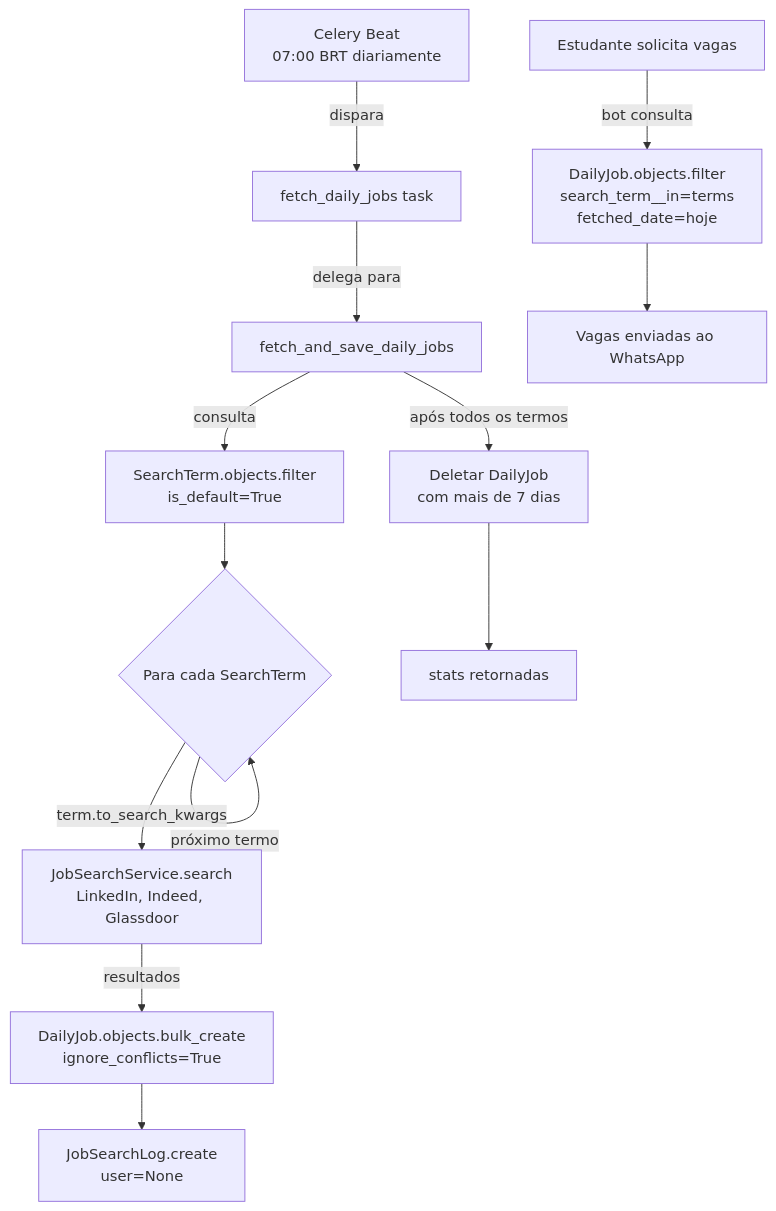
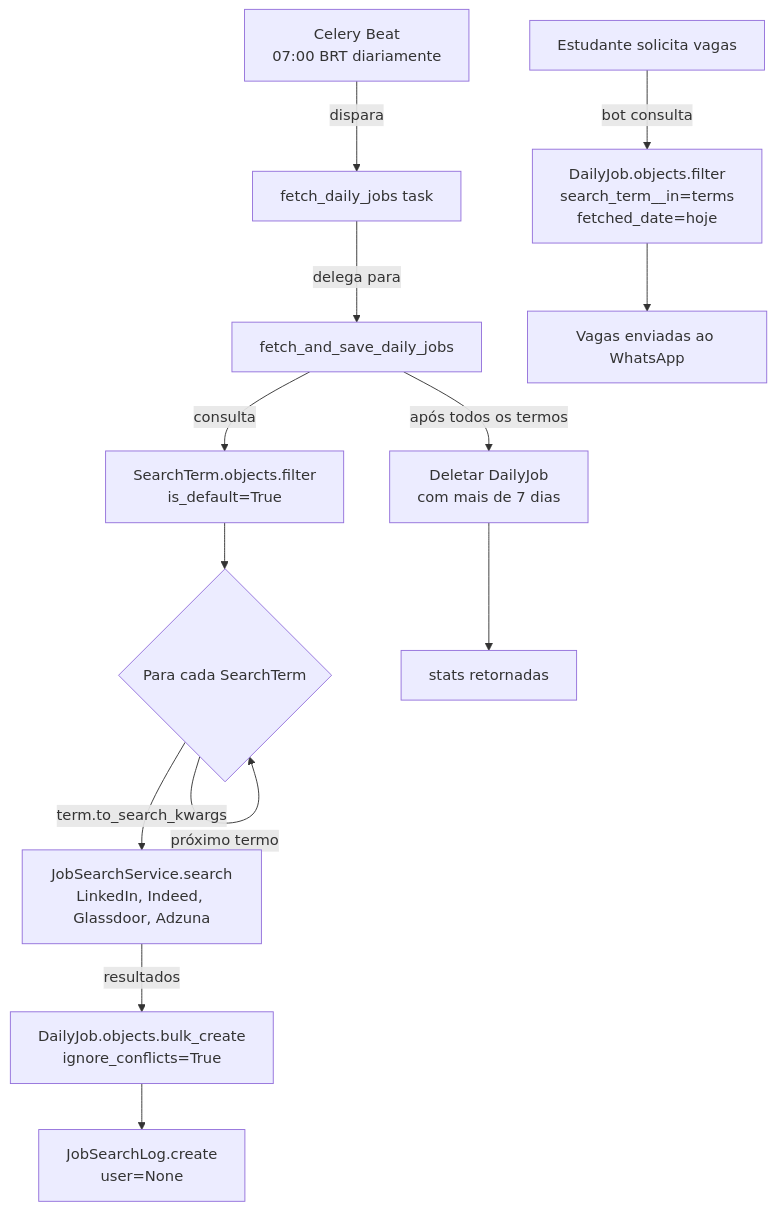
Before and after one commit to ErickBonruque/iterbot: the first of 2 diagrams in docs/architecture/BUSINESS-RULES.md, drawn with Mermaid. The commit also changed other lines of this file and 6 other files, not shown here.

````diff
--- a/docs/architecture/BUSINESS-RULES.md
+++ b/docs/architecture/BUSINESS-RULES.md
@@ -37,16 +37,16 @@
 ```mermaid
 flowchart TD
     A[Celery Beat<br/>07:00 BRT diariamente] -->|dispara| B[fetch_daily_jobs task]
     B -->|delega para| C[fetch_and_save_daily_jobs]
     C -->|consulta| D[SearchTerm.objects.filter\nis_default=True]
     D --> E{Para cada SearchTerm}
-    E -->|term.to_search_kwargs| F[JobSearchService.search\nLinkedIn, Indeed, Glassdoor]
+    E -->|term.to_search_kwargs| F[JobSearchService.search\nLinkedIn, Indeed, Glassdoor, Adzuna]
     F -->|resultados| G[DailyJob.objects.bulk_create\nignore_conflicts=True]
     G --> H[JobSearchLog.create\nuser=None]
     E -->|próximo termo| E
     C -->|após todos os termos| I[Deletar DailyJob\ncom mais de 7 dias]
     I --> J[stats retornadas]
 
     K[Estudante solicita vagas] -->|bot consulta| L[DailyJob.objects.filter\nsearch_term__in=terms\nfetched_date=hoje]
     L --> M[Vagas enviadas ao WhatsApp]
 ```
````
